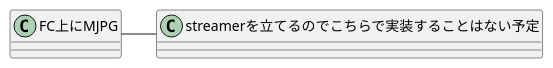
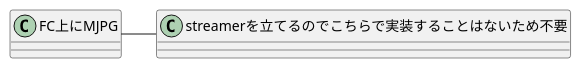
The diagram in 01_doc/07_SequenceDiagram/uc01_動画送信_sequence_diagram.wsd (kazogihara/Spies), drawn with PlantUML before and after one commit. The commit also changed 5 other files, not shown here.

```diff
--- a/01_doc/07_SequenceDiagram/uc01_動画送信_sequence_diagram.wsd
+++ b/01_doc/07_SequenceDiagram/uc01_動画送信_sequence_diagram.wsd
@@ -1,1 +1,1 @@
-FC上にMJPG-streamerを立てるのでこちらで実装することはない予定
+FC上にMJPG-streamerを立てるのでこちらで実装することはないため不要
```
